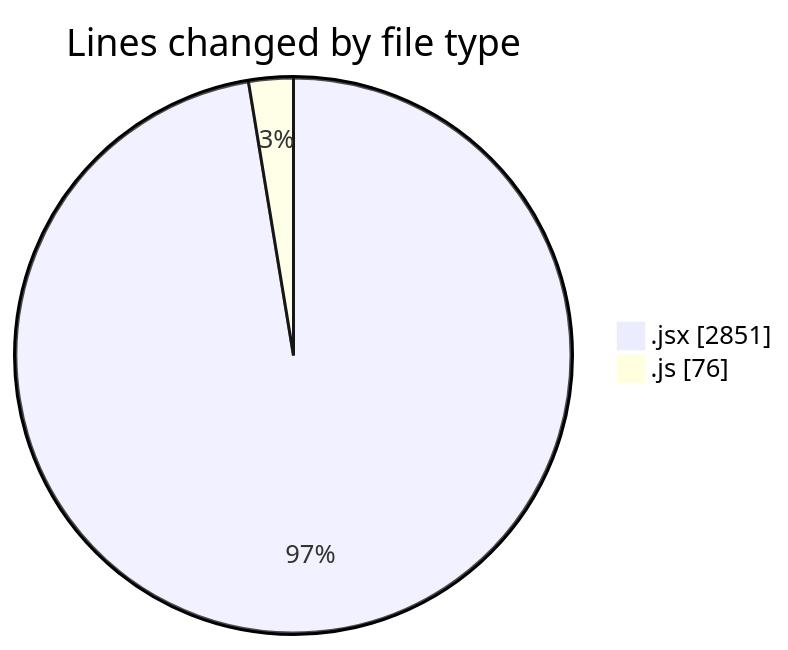
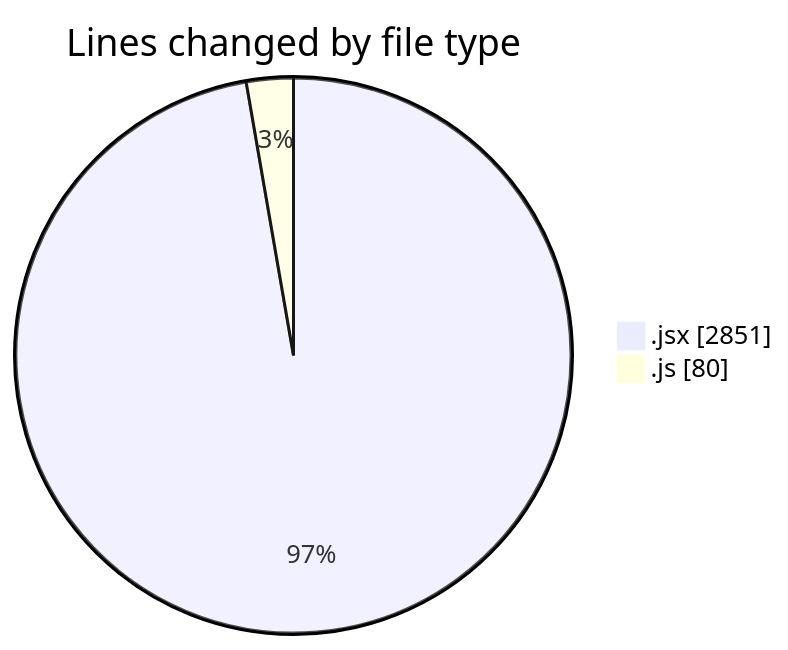
The first of 2 diagrams in 2025-06-21/nxtqube_webapp/README.md (nxtqubesakshisongat/code-tracking), drawn with Mermaid before and after one commit. The commit also changed other lines of this file and 1 other file, not shown here.

````diff
--- a/2025-06-21/nxtqube_webapp/README.md
+++ b/2025-06-21/nxtqube_webapp/README.md
@@ -23,6 +23,6 @@
 ```mermaid
 pie showData
 title Lines changed by file type
 ".jsx" : 2851
-".js" : 76
+".js" : 80
 ```
````
